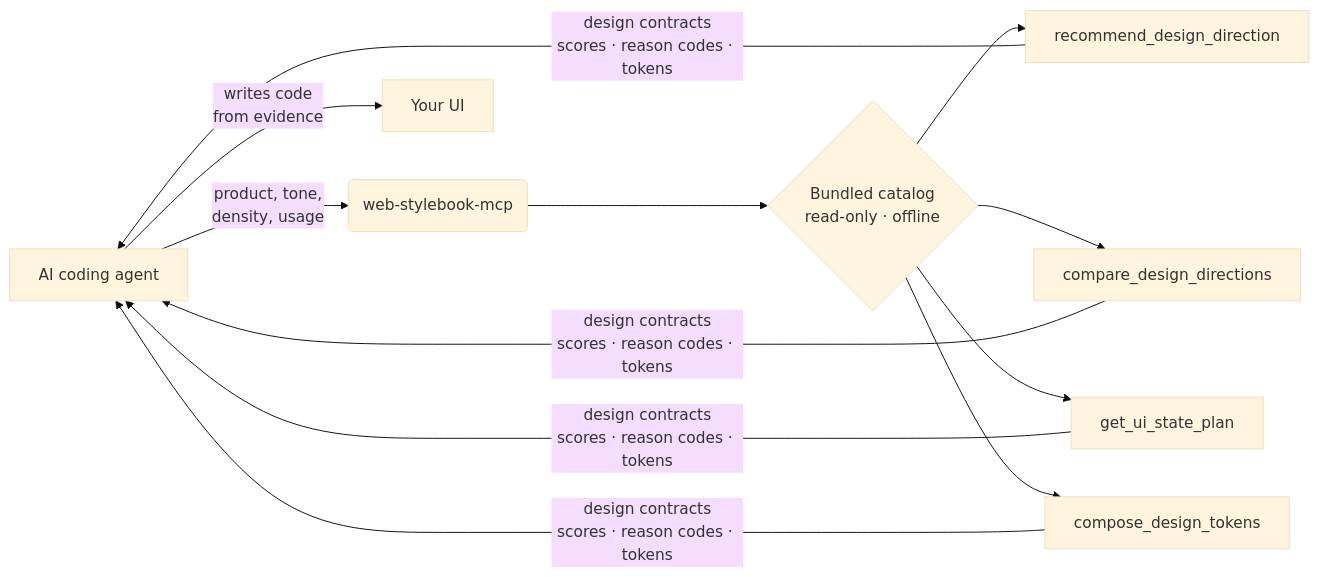
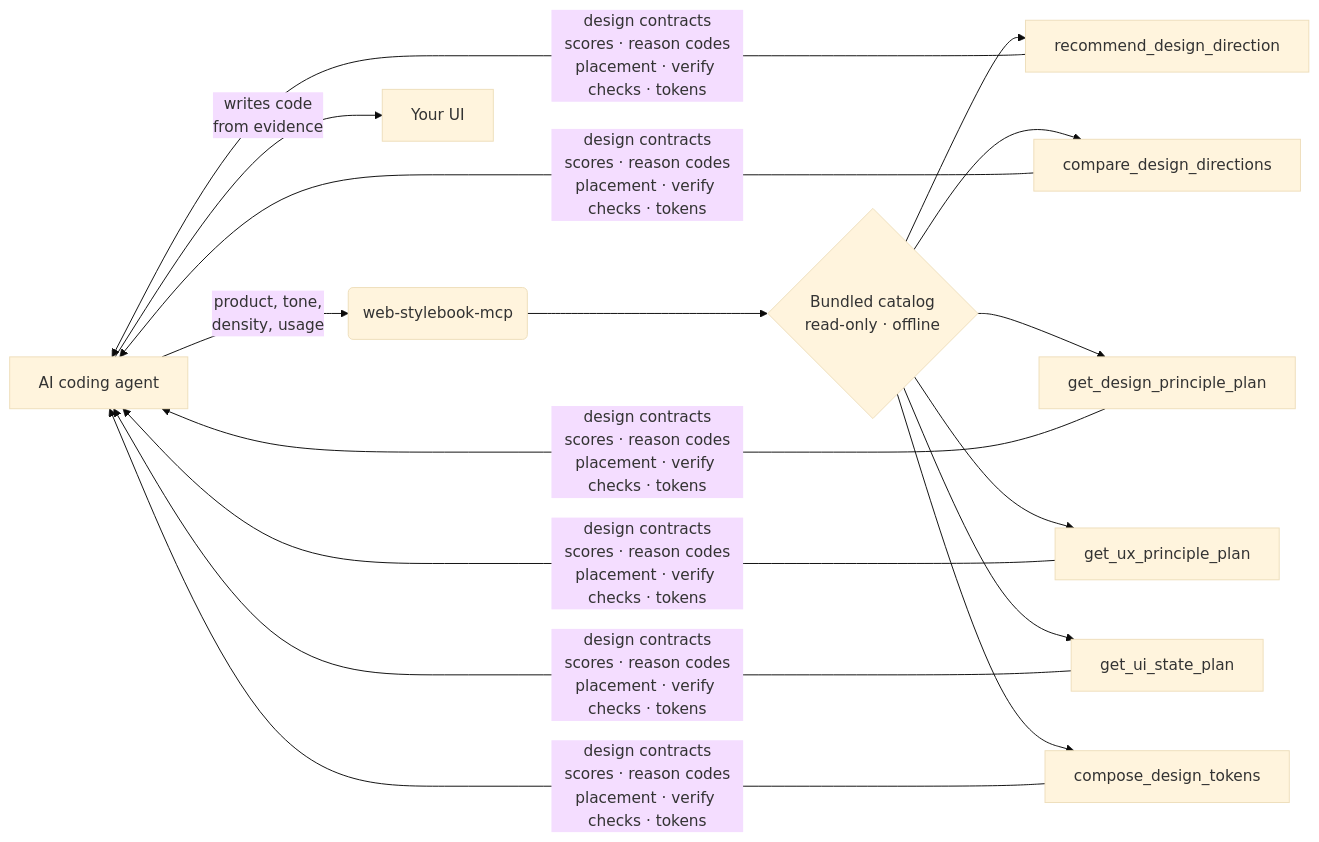
Before and after one commit to seungdori/web-stylebook-mcp: the diagram in README.md, drawn with Mermaid (base theme). The commit also changed other lines of this file and 13 other files, not shown here.

````diff
--- a/README.md
+++ b/README.md
@@ -106,11 +108,13 @@
 ```mermaid
 flowchart LR
     A[AI coding agent] -->|product, tone,<br/>density, usage| B(web-stylebook-mcp)
     B --> C{Bundled catalog<br/>read-only · offline}
     C --> D[recommend_design_direction]
     C --> E[compare_design_directions]
-    C --> F[get_ui_state_plan]
-    C --> G[compose_design_tokens]
-    D & E & F & G -->|design contracts<br/>scores · reason codes · tokens| A
-    A -->|writes code<br/>from evidence| H[Your UI]
+    C --> F[get_design_principle_plan]
+    C --> G[get_ux_principle_plan]
+    C --> H[get_ui_state_plan]
+    C --> I[compose_design_tokens]
+    D & E & F & G & H & I -->|design contracts<br/>scores · reason codes<br/>placement · verify checks · tokens| A
+    A -->|writes code<br/>from evidence| Z[Your UI]
 ```
````
